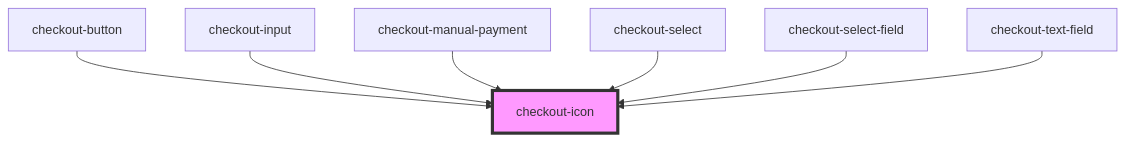
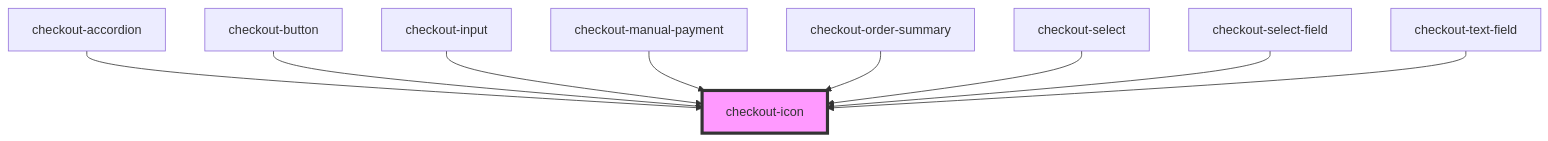
One commit to plughacker/malga-checkout changed the diagram in packages/common/src/components/checkout-icon/readme.md. Above: the diagram before and after it, drawn with Mermaid. The commit also changed other lines of this file and 19 other files, not shown here.

````diff
--- a/packages/common/src/components/checkout-icon/readme.md
+++ b/packages/common/src/components/checkout-icon/readme.md
@@ -28,10 +30,12 @@
 ```mermaid
 graph TD;
+  checkout-accordion --> checkout-icon
   checkout-button --> checkout-icon
   checkout-input --> checkout-icon
   checkout-manual-payment --> checkout-icon
+  checkout-order-summary --> checkout-icon
   checkout-select --> checkout-icon
   checkout-select-field --> checkout-icon
   checkout-text-field --> checkout-icon
   style checkout-icon fill:#f9f,stroke:#333,stroke-width:4px
 ```
````
